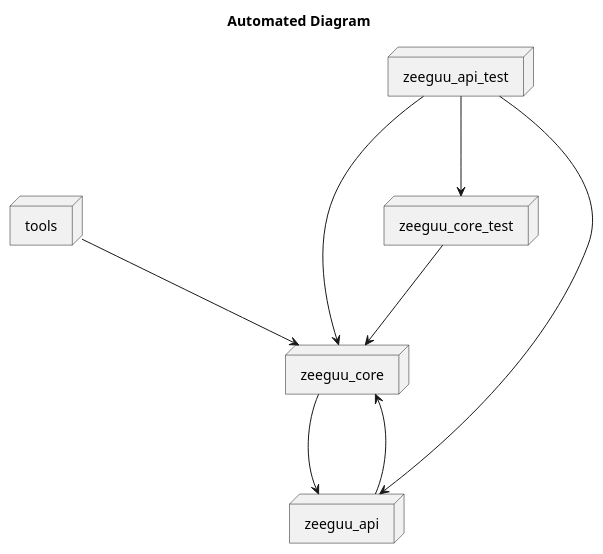
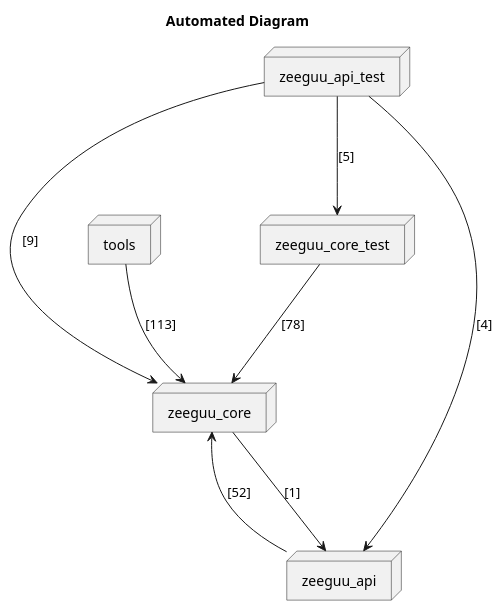
The diagram in cmd/out/data.wsd (heyjoakim/AARP), drawn with PlantUML before and after one commit. The commit also changed 2 other files, not shown here.

```diff
--- a/cmd/out/data.wsd
+++ b/cmd/out/data.wsd
@@ -1,17 +1,17 @@
 @startuml
 title Automated Diagram
 skinparam nodesep 100
 skinparam ranksep 100
 node tools
 node zeeguu_core
 node zeeguu_api
 node zeeguu_api_test
 node zeeguu_core_test
-zeeguu_api_test --> zeeguu_core_test
-zeeguu_api_test --> zeeguu_api
-zeeguu_core --> zeeguu_api
-zeeguu_core_test --> zeeguu_core
-tools --> zeeguu_core
-zeeguu_api --> zeeguu_core
-zeeguu_api_test --> zeeguu_core
+zeeguu_api_test --> zeeguu_core_test : [5]
+zeeguu_api_test --> zeeguu_api : [4]
+zeeguu_core --> zeeguu_api : [1]
+zeeguu_core_test --> zeeguu_core : [78]
+tools --> zeeguu_core : [113]
+zeeguu_api --> zeeguu_core : [52]
+zeeguu_api_test --> zeeguu_core : [9]
 @enduml
```
